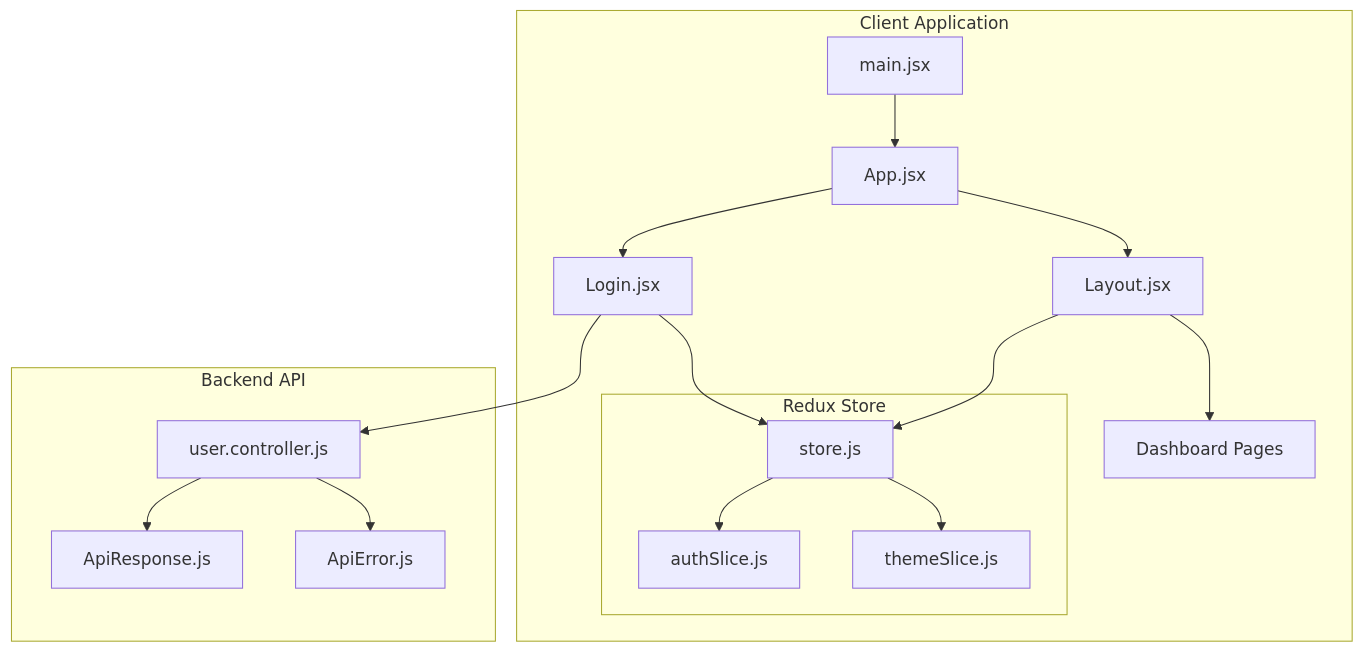
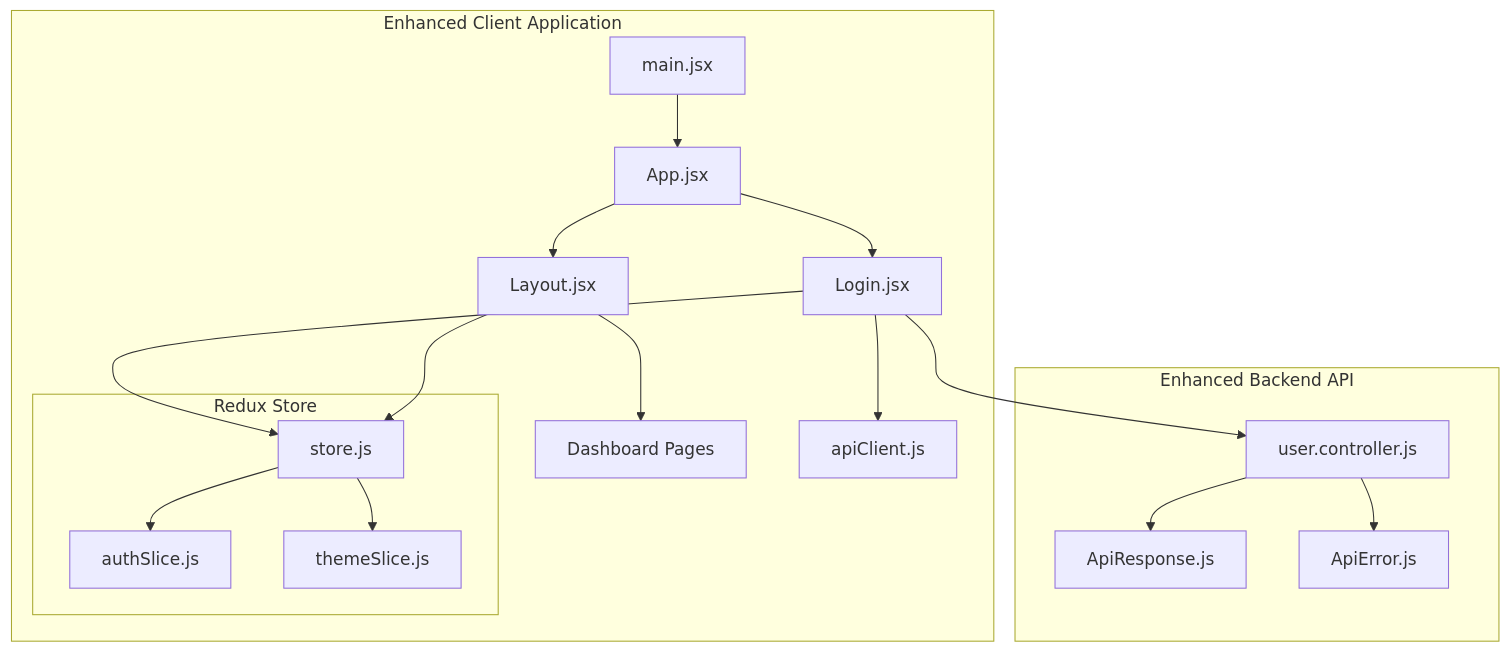
The first of 14 diagrams in .qoder/repowiki/en/content/Authentication & Authorization/Login Page Implementation.md (Aryan9060/Timetable-Project), drawn with Mermaid before and after one commit. The commit also changed other lines of this file and 21 other files, not shown here.

````diff
--- a/.qoder/repowiki/en/content/Authentication & Authorization/Login Page Implementation.md
+++ b/.qoder/repowiki/en/content/Authentication & Authorization/Login Page Implementation.md
@@ -39,20 +51,21 @@
 ```mermaid
 graph TB
-subgraph "Client Application"
+subgraph "Enhanced Client Application"
 A[main.jsx] --> B[App.jsx]
 B --> C[Login.jsx]
 B --> D[Layout.jsx]
 D --> E[Dashboard Pages]
 subgraph "Redux Store"
 F[store.js] --> G[authSlice.js]
 F --> H[themeSlice.js]
 end
 C --> F
+C --> I[apiClient.js]
 D --> F
 end
-subgraph "Backend API"
-I[user.controller.js] --> J[ApiResponse.js]
-I --> K[ApiError.js]
+subgraph "Enhanced Backend API"
+J[user.controller.js] --> K[ApiResponse.js]
+J --> L[ApiError.js]
 end
-C --> I
+C --> J
 ```
````
